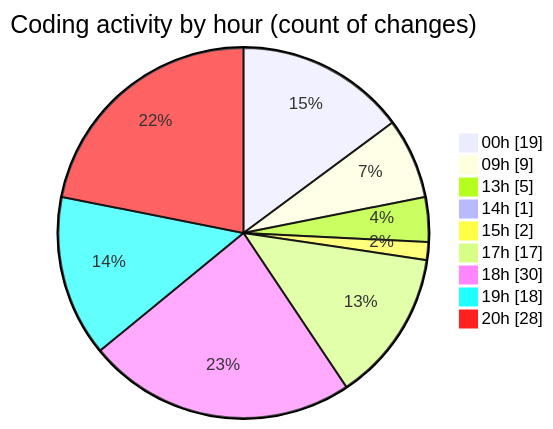
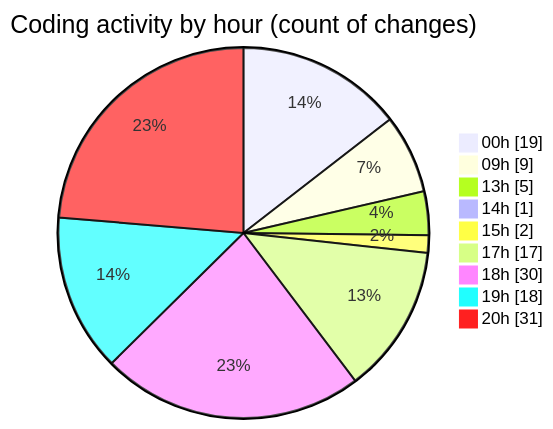
One commit to EIIisD/code-tracking changed the second of 2 diagrams in 2025-08-12/ribbon/README.md. Above: the diagram before and after it, drawn with Mermaid. The commit also changed other lines of this file and 1 other file, not shown here.

````diff
--- a/2025-08-12/ribbon/README.md
+++ b/2025-08-12/ribbon/README.md
@@ -53,13 +53,13 @@
 ```mermaid
 pie showData
 title Coding activity by hour (count of changes)
 "00h" : 19
 "09h" : 9
 "13h" : 5
 "14h" : 1
 "15h" : 2
 "17h" : 17
 "18h" : 30
 "19h" : 18
-"20h" : 28
+"20h" : 31
 ```
````
